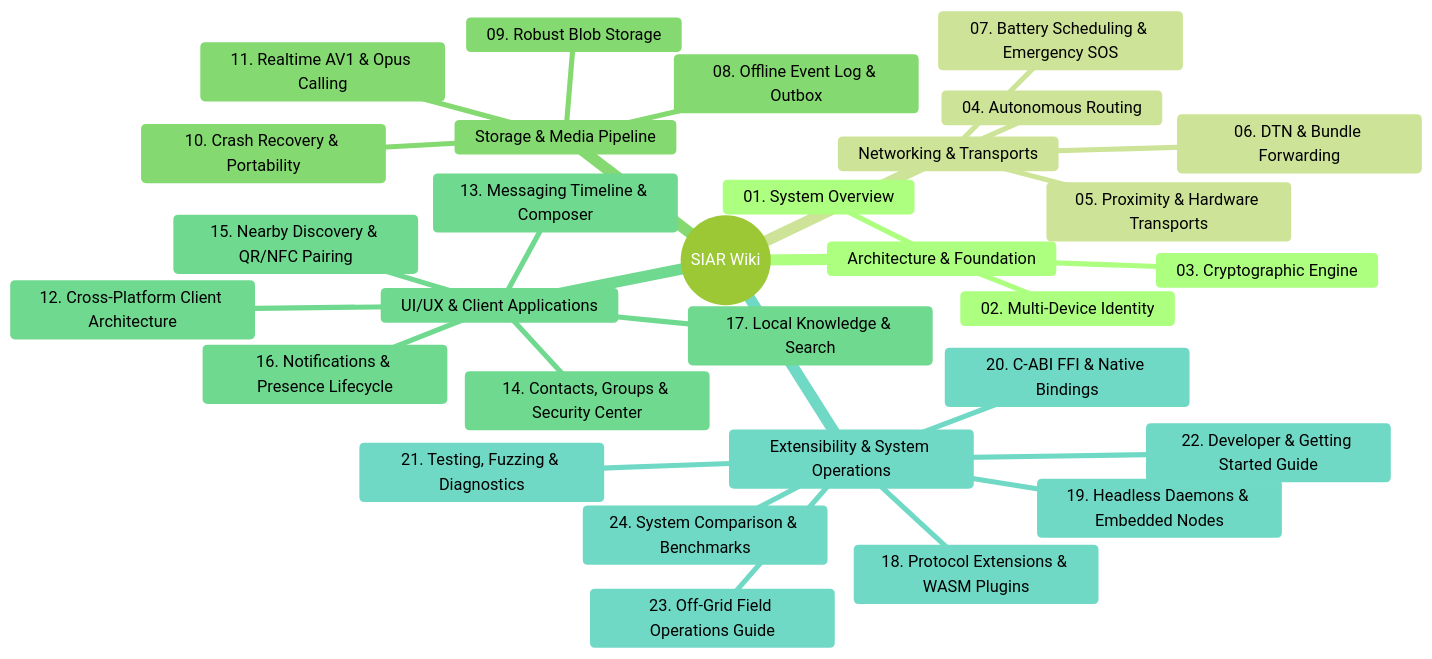
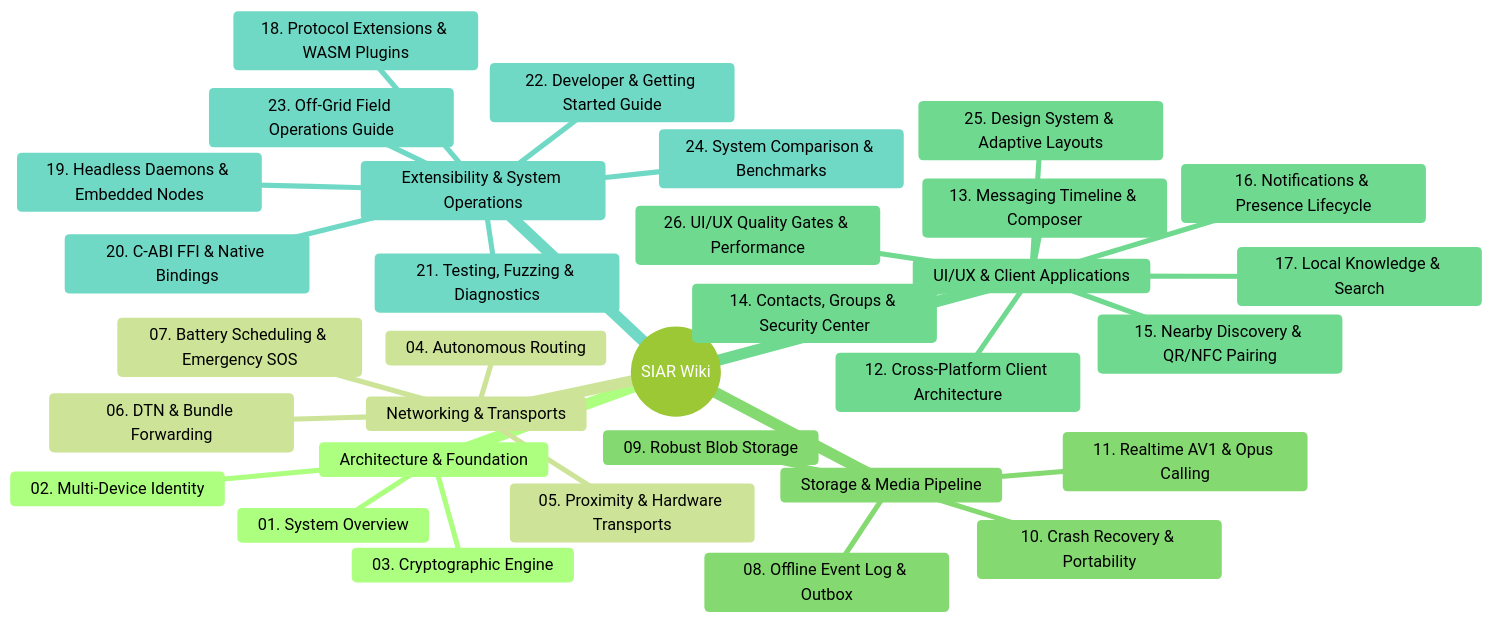
The diagram in wiki/Home.md (irshadali5/siar), drawn with Mermaid (forest theme) before and after one commit. The commit also changed other lines of this file and 5 other files, not shown here.

Commit message:
docs(wiki): add chapters 25 and 26 for design tokens, adaptive layouts, and UI quality gates

````diff
--- a/wiki/Home.md
+++ b/wiki/Home.md
@@ -9,33 +9,35 @@
 ```mermaid
 mindmap
   root((SIAR Wiki))
     Architecture & Foundation
       01. System Overview
       02. Multi-Device Identity
       03. Cryptographic Engine
     Networking & Transports
       04. Autonomous Routing
       05. Proximity & Hardware Transports
       06. DTN & Bundle Forwarding
       07. Battery Scheduling & Emergency SOS
     Storage & Media Pipeline
       08. Offline Event Log & Outbox
       09. Robust Blob Storage
       10. Crash Recovery & Portability
       11. Realtime AV1 & Opus Calling
     UI/UX & Client Applications
       12. Cross-Platform Client Architecture
       13. Messaging Timeline & Composer
       14. Contacts, Groups & Security Center
       15. Nearby Discovery & QR/NFC Pairing
       16. Notifications & Presence Lifecycle
       17. Local Knowledge & Search
+      25. Design System & Adaptive Layouts
+      26. UI/UX Quality Gates & Performance
     Extensibility & System Operations
       18. Protocol Extensions & WASM Plugins
       19. Headless Daemons & Embedded Nodes
       20. C-ABI FFI & Native Bindings
       21. Testing, Fuzzing & Diagnostics
       22. Developer & Getting Started Guide
       23. Off-Grid Field Operations Guide
       24. System Comparison & Benchmarks
 ```
````
